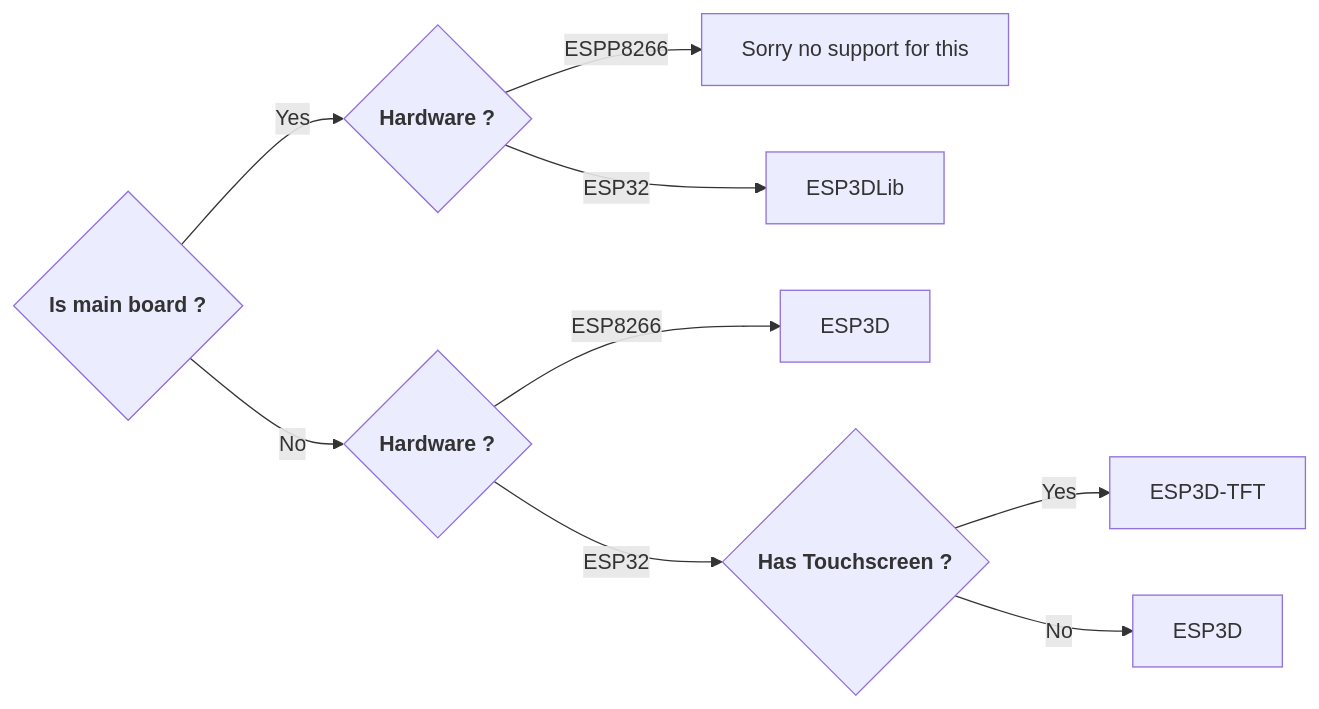
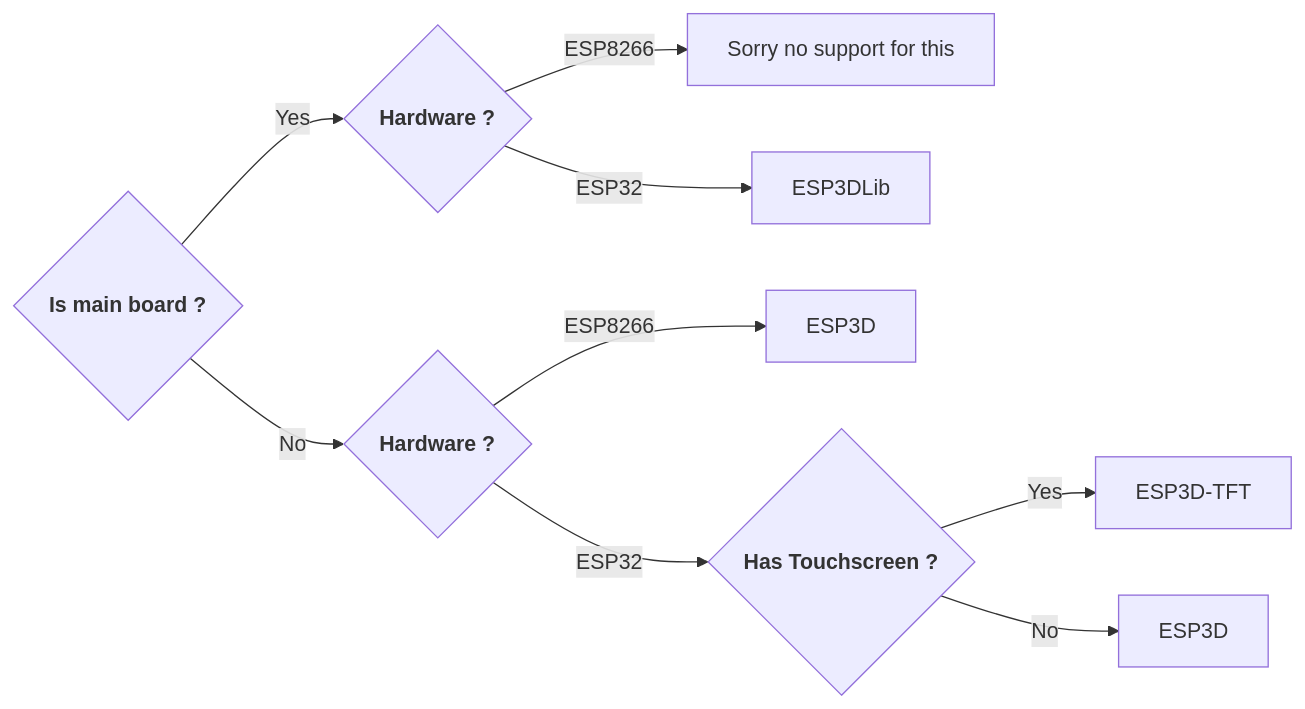
Before and after one commit to luc-github/esp3d.io: the third of 3 diagrams in src/content/_index.md, drawn with Mermaid. The commit also changed 71 other files, not shown here.

```diff
--- a/src/content/_index.md
+++ b/src/content/_index.md
@@ -43,12 +43,12 @@
 {{< mermaid >}}
 %%{init:{"theme":"default"}}%%
 graph LR;
     A{<strong>Is main board ?</strong>} -->|Yes| B{<strong>Hardware ?</strong>} 
-    B -->|ESPP8266| C[Sorry no support for this]
+    B -->|ESP8266| C[Sorry no support for this]
     B -->|ESP32| D[ESP3DLib]
     A -->|No| E{<strong>Hardware ?</strong>} 
     E -->|ESP8266| F[ESP3D]
     E -->|ESP32| G{<strong>Has Touchscreen ?</strong>} 
     G -->|Yes| H[ESP3D-TFT]
     G -->|No| I[ESP3D]
 {{< /mermaid >}}
```
